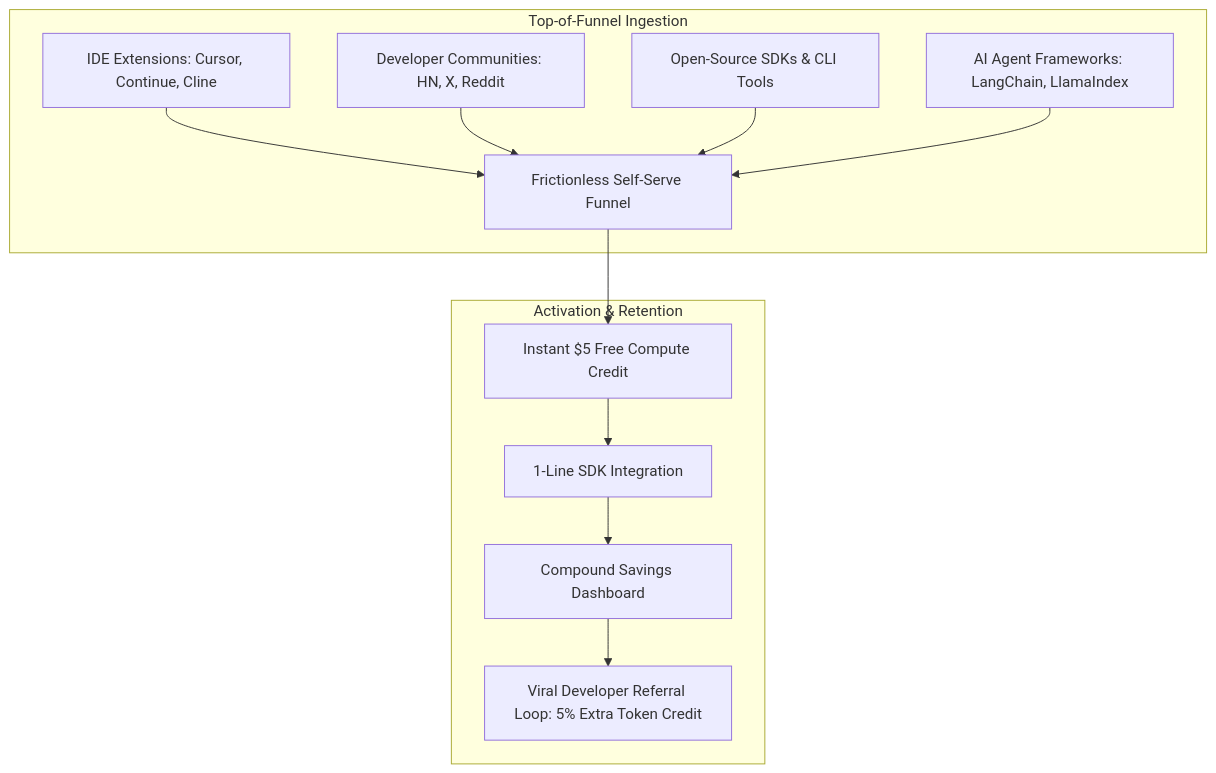
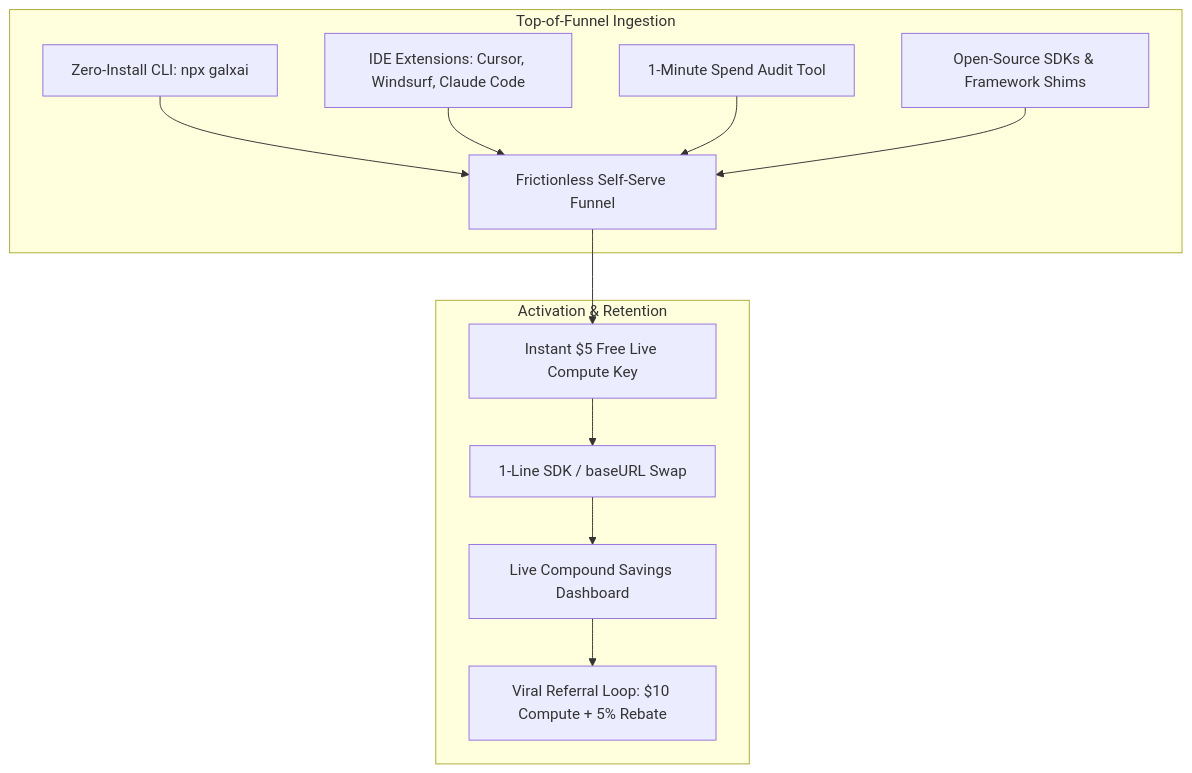
One commit to CardSorting/GALXAI changed the second of 2 diagrams in docs/GTM_STRATEGY.md. Above: the diagram before and after it, drawn with Mermaid. The commit also changed other lines of this file and 18 other files, not shown here.

````diff
--- a/docs/GTM_STRATEGY.md
+++ b/docs/GTM_STRATEGY.md
@@ -71,16 +78,16 @@
 ```mermaid
 flowchart TD
     subgraph Top-of-Funnel Ingestion
-        A1[IDE Extensions: Cursor, Continue, Cline] --> Funnel[Frictionless Self-Serve Funnel]
-        A2[Developer Communities: HN, X, Reddit] --> Funnel
-        A3[Open-Source SDKs & CLI Tools] --> Funnel
-        A4[AI Agent Frameworks: LangChain, LlamaIndex] --> Funnel
+        A1[Zero-Install CLI: npx galxai] --> Funnel[Frictionless Self-Serve Funnel]
+        A2[IDE Extensions: Cursor, Windsurf, Claude Code] --> Funnel
+        A3[1-Minute Spend Audit Tool] --> Funnel
+        A4[Open-Source SDKs & Framework Shims] --> Funnel
     end
 
     subgraph Activation & Retention
-        Funnel --> B1[Instant $5 Free Compute Credit]
-        B1 --> B2[1-Line SDK Integration]
-        B2 --> B3[Compound Savings Dashboard]
-        B3 --> B4[Viral Developer Referral Loop: 5% Extra Token Credit]
+        Funnel --> B1[Instant $5 Free Live Compute Key]
+        B1 --> B2[1-Line SDK / baseURL Swap]
+        B2 --> B3[Live Compound Savings Dashboard]
+        B3 --> B4[Viral Referral Loop: $10 Compute + 5% Rebate]
     end
 ```
````
